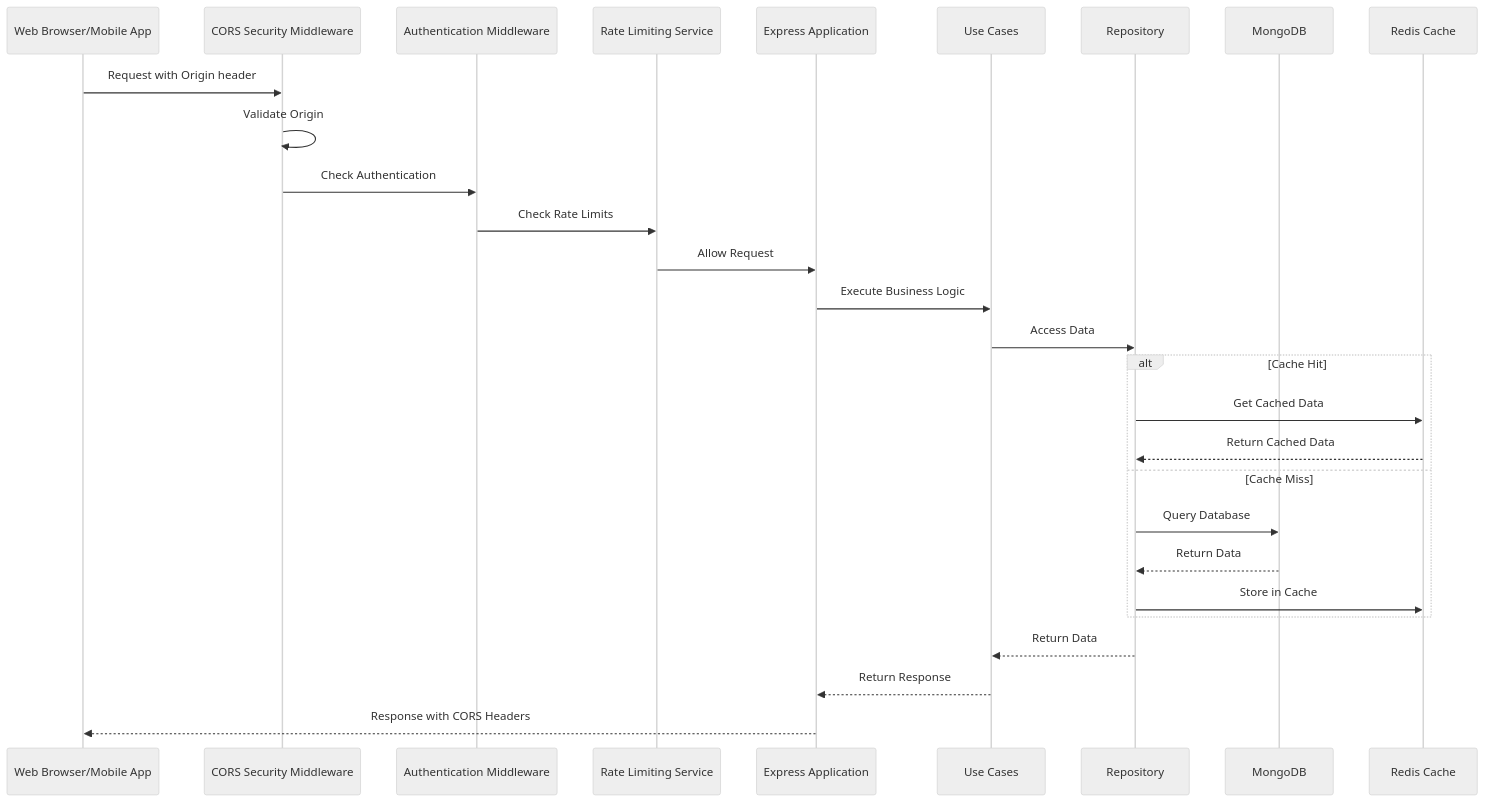
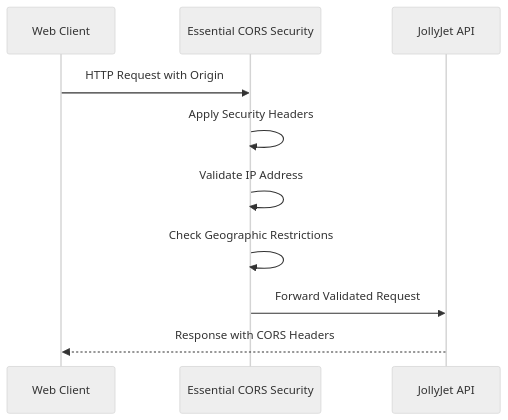
Before and after one commit to guru9/jollyJet: the second of 2 diagrams in docs/implementation-plans/11-cors-policy-security-plan.md, drawn with Mermaid (neutral theme). The commit also changed other lines of this file and 16 other files, not shown here.

Commit message:
Step 1.1 - Cors Security Constants

````diff
--- a/docs/implementation-plans/11-cors-policy-security-plan.md
+++ b/docs/implementation-plans/11-cors-policy-security-plan.md
@@ -212,31 +114,13 @@
 ```mermaid
 sequenceDiagram
-    participant Client as Web Browser/Mobile App
-    participant CORS as CORS Security Middleware
-    participant Auth as Authentication Middleware
-    participant RateLimit as Rate Limiting Service
-    participant API as Express Application
-    participant UC as Use Cases
-    participant Repo as Repository
-    participant DB as MongoDB
-    participant Cache as Redis Cache
+    participant Client as Web Client
+    participant CORS as Essential CORS Security
+    participant API as JollyJet API
 
-    Client->>CORS: Request with Origin header
-    CORS->>CORS: Validate Origin
-    CORS->>Auth: Check Authentication
-    Auth->>RateLimit: Check Rate Limits
-    RateLimit->>API: Allow Request
-    API->>UC: Execute Business Logic
-    UC->>Repo: Access Data
-    alt Cache Hit
-        Repo->>Cache: Get Cached Data
-        Cache-->>Repo: Return Cached Data
-    else Cache Miss
-        Repo->>DB: Query Database
-        DB-->>Repo: Return Data
-        Repo->>Cache: Store in Cache
-    end
-    Repo-->>UC: Return Data
-    UC-->>API: Return Response
+    Client->>CORS: HTTP Request with Origin
+    CORS->>CORS: Apply Security Headers
+    CORS->>CORS: Validate IP Address
+    CORS->>CORS: Check Geographic Restrictions
+    CORS->>API: Forward Validated Request
     API-->>Client: Response with CORS Headers
 ```
````
